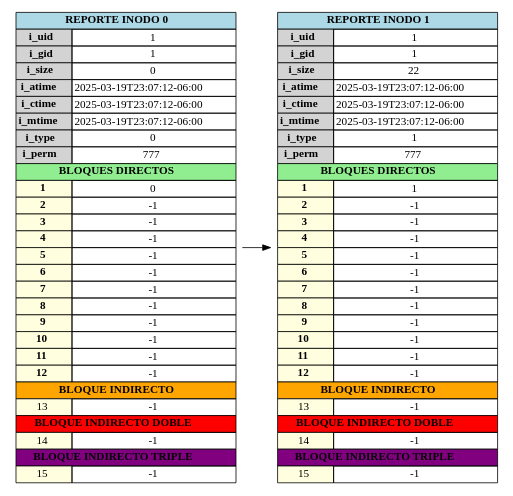
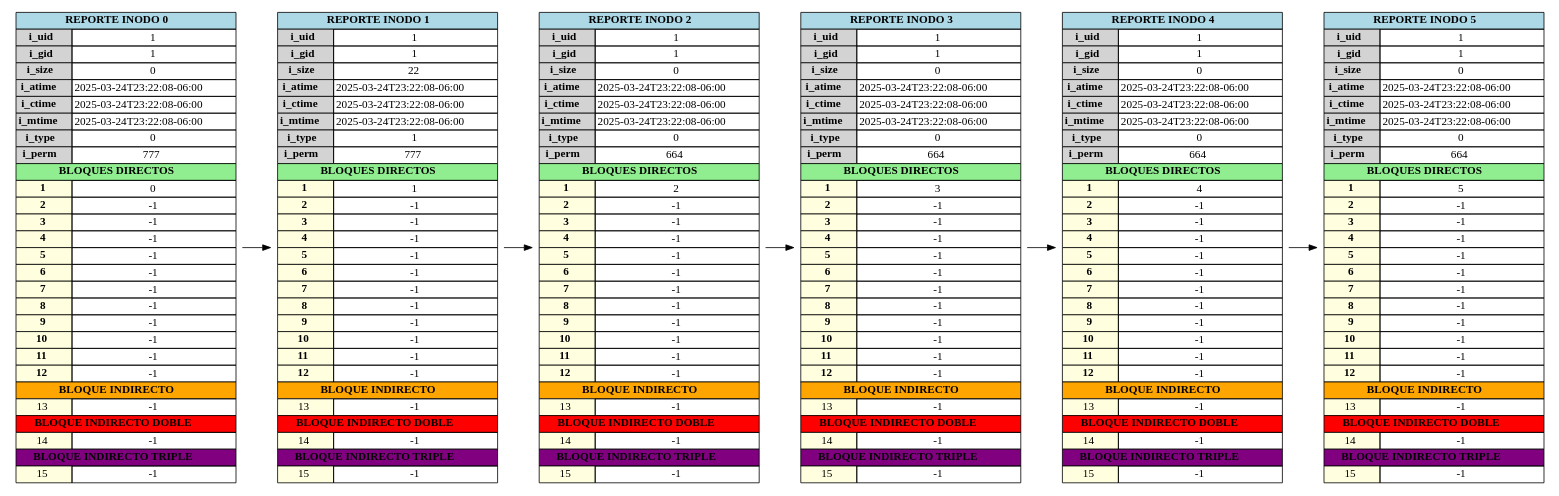
One commit to Ennero/MIA_1S2025_P1_202302220 changed the diagram in backend/output/report_inode.dot. Above: the diagram before and after it, drawn with Graphviz. The commit also changed 17 other files, not shown here.

```diff
--- a/backend/output/report_inode.dot
+++ b/backend/output/report_inode.dot
@@ -1,43 +1,123 @@
 digraph G {
 		rankdir=LR;
         node [shape=plaintext]
     inode0 [label=<
     <table border="0" cellborder="1" cellspacing="0">
         <tr><td colspan="2" bgcolor="lightblue"><b>REPORTE INODO 0</b></td></tr>
         <tr><td bgcolor="lightgray"><b>i_uid</b></td><td>1</td></tr>
         <tr><td bgcolor="lightgray"><b>i_gid</b></td><td>1</td></tr>
         <tr><td bgcolor="lightgray"><b>i_size</b></td><td>0</td></tr>
-        <tr><td bgcolor="lightgray"><b>i_atime</b></td><td>2025-03-19T23:07:12-06:00</td></tr>
-        <tr><td bgcolor="lightgray"><b>i_ctime</b></td><td>2025-03-19T23:07:12-06:00</td></tr>
-        <tr><td bgcolor="lightgray"><b>i_mtime</b></td><td>2025-03-19T23:07:12-06:00</td></tr>
+        <tr><td bgcolor="lightgray"><b>i_atime</b></td><td>2025-03-24T23:22:08-06:00</td></tr>
+        <tr><td bgcolor="lightgray"><b>i_ctime</b></td><td>2025-03-24T23:22:08-06:00</td></tr>
+        <tr><td bgcolor="lightgray"><b>i_mtime</b></td><td>2025-03-24T23:22:08-06:00</td></tr>
         <tr><td bgcolor="lightgray"><b>i_type</b></td><td>0</td></tr>
         <tr><td bgcolor="lightgray"><b>i_perm</b></td><td>777</td></tr>
         <tr><td colspan="2" bgcolor="lightgreen"><b>BLOQUES DIRECTOS</b></td></tr>
             <tr><td bgcolor="lightyellow"><b>1</b></td><td>0</td></tr><tr><td bgcolor="lightyellow"><b>2</b></td><td>-1</td></tr><tr><td bgcolor="lightyellow"><b>3</b></td><td>-1</td></tr><tr><td bgcolor="lightyellow"><b>4</b></td><td>-1</td></tr><tr><td bgcolor="lightyellow"><b>5</b></td><td>-1</td></tr><tr><td bgcolor="lightyellow"><b>6</b></td><td>-1</td></tr><tr><td bgcolor="lightyellow"><b>7</b></td><td>-1</td></tr><tr><td bgcolor="lightyellow"><b>8</b></td><td>-1</td></tr><tr><td bgcolor="lightyellow"><b>9</b></td><td>-1</td></tr><tr><td bgcolor="lightyellow"><b>10</b></td><td>-1</td></tr><tr><td bgcolor="lightyellow"><b>11</b></td><td>-1</td></tr><tr><td bgcolor="lightyellow"><b>12</b></td><td>-1</td></tr>
     <tr><td colspan="2" bgcolor="orange"><b>BLOQUE INDIRECTO</b></td></tr>
     <tr><td bgcolor="lightyellow">13</td><td>-1</td></tr>
     <tr><td colspan="2" bgcolor="red"><b>BLOQUE INDIRECTO DOBLE</b></td></tr>
     <tr><td bgcolor="lightyellow">14</td><td>-1</td></tr>
     <tr><td colspan="2" bgcolor="purple"><b>BLOQUE INDIRECTO TRIPLE</b></td></tr>
     <tr><td bgcolor="lightyellow">15</td><td>-1</td></tr>
 </table>>];inode0 -> inode1;
 inode1 [label=<
     <table border="0" cellborder="1" cellspacing="0">
         <tr><td colspan="2" bgcolor="lightblue"><b>REPORTE INODO 1</b></td></tr>
         <tr><td bgcolor="lightgray"><b>i_uid</b></td><td>1</td></tr>
         <tr><td bgcolor="lightgray"><b>i_gid</b></td><td>1</td></tr>
         <tr><td bgcolor="lightgray"><b>i_size</b></td><td>22</td></tr>
-        <tr><td bgcolor="lightgray"><b>i_atime</b></td><td>2025-03-19T23:07:12-06:00</td></tr>
-        <tr><td bgcolor="lightgray"><b>i_ctime</b></td><td>2025-03-19T23:07:12-06:00</td></tr>
-        <tr><td bgcolor="lightgray"><b>i_mtime</b></td><td>2025-03-19T23:07:12-06:00</td></tr>
+        <tr><td bgcolor="lightgray"><b>i_atime</b></td><td>2025-03-24T23:22:08-06:00</td></tr>
+        <tr><td bgcolor="lightgray"><b>i_ctime</b></td><td>2025-03-24T23:22:08-06:00</td></tr>
+        <tr><td bgcolor="lightgray"><b>i_mtime</b></td><td>2025-03-24T23:22:08-06:00</td></tr>
         <tr><td bgcolor="lightgray"><b>i_type</b></td><td>1</td></tr>
         <tr><td bgcolor="lightgray"><b>i_perm</b></td><td>777</td></tr>
         <tr><td colspan="2" bgcolor="lightgreen"><b>BLOQUES DIRECTOS</b></td></tr>
             <tr><td bgcolor="lightyellow"><b>1</b></td><td>1</td></tr><tr><td bgcolor="lightyellow"><b>2</b></td><td>-1</td></tr><tr><td bgcolor="lightyellow"><b>3</b></td><td>-1</td></tr><tr><td bgcolor="lightyellow"><b>4</b></td><td>-1</td></tr><tr><td bgcolor="lightyellow"><b>5</b></td><td>-1</td></tr><tr><td bgcolor="lightyellow"><b>6</b></td><td>-1</td></tr><tr><td bgcolor="lightyellow"><b>7</b></td><td>-1</td></tr><tr><td bgcolor="lightyellow"><b>8</b></td><td>-1</td></tr><tr><td bgcolor="lightyellow"><b>9</b></td><td>-1</td></tr><tr><td bgcolor="lightyellow"><b>10</b></td><td>-1</td></tr><tr><td bgcolor="lightyellow"><b>11</b></td><td>-1</td></tr><tr><td bgcolor="lightyellow"><b>12</b></td><td>-1</td></tr>
     <tr><td colspan="2" bgcolor="orange"><b>BLOQUE INDIRECTO</b></td></tr>
     <tr><td bgcolor="lightyellow">13</td><td>-1</td></tr>
     <tr><td colspan="2" bgcolor="red"><b>BLOQUE INDIRECTO DOBLE</b></td></tr>
     <tr><td bgcolor="lightyellow">14</td><td>-1</td></tr>
     <tr><td colspan="2" bgcolor="purple"><b>BLOQUE INDIRECTO TRIPLE</b></td></tr>
     <tr><td bgcolor="lightyellow">15</td><td>-1</td></tr>
+</table>>];inode1 -> inode2;
+inode2 [label=<
+    <table border="0" cellborder="1" cellspacing="0">
+        <tr><td colspan="2" bgcolor="lightblue"><b>REPORTE INODO 2</b></td></tr>
+        <tr><td bgcolor="lightgray"><b>i_uid</b></td><td>1</td></tr>
+        <tr><td bgcolor="lightgray"><b>i_gid</b></td><td>1</td></tr>
+        <tr><td bgcolor="lightgray"><b>i_size</b></td><td>0</td></tr>
+        <tr><td bgcolor="lightgray"><b>i_atime</b></td><td>2025-03-24T23:22:08-06:00</td></tr>
+        <tr><td bgcolor="lightgray"><b>i_ctime</b></td><td>2025-03-24T23:22:08-06:00</td></tr>
+        <tr><td bgcolor="lightgray"><b>i_mtime</b></td><td>2025-03-24T23:22:08-06:00</td></tr>
+        <tr><td bgcolor="lightgray"><b>i_type</b></td><td>0</td></tr>
+        <tr><td bgcolor="lightgray"><b>i_perm</b></td><td>664</td></tr>
+        <tr><td colspan="2" bgcolor="lightgreen"><b>BLOQUES DIRECTOS</b></td></tr>
+            <tr><td bgcolor="lightyellow"><b>1</b></td><td>2</td></tr><tr><td bgcolor="lightyellow"><b>2</b></td><td>-1</td></tr><tr><td bgcolor="lightyellow"><b>3</b></td><td>-1</td></tr><tr><td bgcolor="lightyellow"><b>4</b></td><td>-1</td></tr><tr><td bgcolor="lightyellow"><b>5</b></td><td>-1</td></tr><tr><td bgcolor="lightyellow"><b>6</b></td><td>-1</td></tr><tr><td bgcolor="lightyellow"><b>7</b></td><td>-1</td></tr><tr><td bgcolor="lightyellow"><b>8</b></td><td>-1</td></tr><tr><td bgcolor="lightyellow"><b>9</b></td><td>-1</td></tr><tr><td bgcolor="lightyellow"><b>10</b></td><td>-1</td></tr><tr><td bgcolor="lightyellow"><b>11</b></td><td>-1</td></tr><tr><td bgcolor="lightyellow"><b>12</b></td><td>-1</td></tr>
+    <tr><td colspan="2" bgcolor="orange"><b>BLOQUE INDIRECTO</b></td></tr>
+    <tr><td bgcolor="lightyellow">13</td><td>-1</td></tr>
+    <tr><td colspan="2" bgcolor="red"><b>BLOQUE INDIRECTO DOBLE</b></td></tr>
+    <tr><td bgcolor="lightyellow">14</td><td>-1</td></tr>
+    <tr><td colspan="2" bgcolor="purple"><b>BLOQUE INDIRECTO TRIPLE</b></td></tr>
+    <tr><td bgcolor="lightyellow">15</td><td>-1</td></tr>
+</table>>];inode2 -> inode3;
+inode3 [label=<
+    <table border="0" cellborder="1" cellspacing="0">
+        <tr><td colspan="2" bgcolor="lightblue"><b>REPORTE INODO 3</b></td></tr>
+        <tr><td bgcolor="lightgray"><b>i_uid</b></td><td>1</td></tr>
+        <tr><td bgcolor="lightgray"><b>i_gid</b></td><td>1</td></tr>
+        <tr><td bgcolor="lightgray"><b>i_size</b></td><td>0</td></tr>
+        <tr><td bgcolor="lightgray"><b>i_atime</b></td><td>2025-03-24T23:22:08-06:00</td></tr>
+        <tr><td bgcolor="lightgray"><b>i_ctime</b></td><td>2025-03-24T23:22:08-06:00</td></tr>
+        <tr><td bgcolor="lightgray"><b>i_mtime</b></td><td>2025-03-24T23:22:08-06:00</td></tr>
+        <tr><td bgcolor="lightgray"><b>i_type</b></td><td>0</td></tr>
+        <tr><td bgcolor="lightgray"><b>i_perm</b></td><td>664</td></tr>
+        <tr><td colspan="2" bgcolor="lightgreen"><b>BLOQUES DIRECTOS</b></td></tr>
+            <tr><td bgcolor="lightyellow"><b>1</b></td><td>3</td></tr><tr><td bgcolor="lightyellow"><b>2</b></td><td>-1</td></tr><tr><td bgcolor="lightyellow"><b>3</b></td><td>-1</td></tr><tr><td bgcolor="lightyellow"><b>4</b></td><td>-1</td></tr><tr><td bgcolor="lightyellow"><b>5</b></td><td>-1</td></tr><tr><td bgcolor="lightyellow"><b>6</b></td><td>-1</td></tr><tr><td bgcolor="lightyellow"><b>7</b></td><td>-1</td></tr><tr><td bgcolor="lightyellow"><b>8</b></td><td>-1</td></tr><tr><td bgcolor="lightyellow"><b>9</b></td><td>-1</td></tr><tr><td bgcolor="lightyellow"><b>10</b></td><td>-1</td></tr><tr><td bgcolor="lightyellow"><b>11</b></td><td>-1</td></tr><tr><td bgcolor="lightyellow"><b>12</b></td><td>-1</td></tr>
+    <tr><td colspan="2" bgcolor="orange"><b>BLOQUE INDIRECTO</b></td></tr>
+    <tr><td bgcolor="lightyellow">13</td><td>-1</td></tr>
+    <tr><td colspan="2" bgcolor="red"><b>BLOQUE INDIRECTO DOBLE</b></td></tr>
+    <tr><td bgcolor="lightyellow">14</td><td>-1</td></tr>
+    <tr><td colspan="2" bgcolor="purple"><b>BLOQUE INDIRECTO TRIPLE</b></td></tr>
+    <tr><td bgcolor="lightyellow">15</td><td>-1</td></tr>
+</table>>];inode3 -> inode4;
+inode4 [label=<
+    <table border="0" cellborder="1" cellspacing="0">
+        <tr><td colspan="2" bgcolor="lightblue"><b>REPORTE INODO 4</b></td></tr>
+        <tr><td bgcolor="lightgray"><b>i_uid</b></td><td>1</td></tr>
+        <tr><td bgcolor="lightgray"><b>i_gid</b></td><td>1</td></tr>
+        <tr><td bgcolor="lightgray"><b>i_size</b></td><td>0</td></tr>
+        <tr><td bgcolor="lightgray"><b>i_atime</b></td><td>2025-03-24T23:22:08-06:00</td></tr>
+        <tr><td bgcolor="lightgray"><b>i_ctime</b></td><td>2025-03-24T23:22:08-06:00</td></tr>
+        <tr><td bgcolor="lightgray"><b>i_mtime</b></td><td>2025-03-24T23:22:08-06:00</td></tr>
+        <tr><td bgcolor="lightgray"><b>i_type</b></td><td>0</td></tr>
+        <tr><td bgcolor="lightgray"><b>i_perm</b></td><td>664</td></tr>
+        <tr><td colspan="2" bgcolor="lightgreen"><b>BLOQUES DIRECTOS</b></td></tr>
+            <tr><td bgcolor="lightyellow"><b>1</b></td><td>4</td></tr><tr><td bgcolor="lightyellow"><b>2</b></td><td>-1</td></tr><tr><td bgcolor="lightyellow"><b>3</b></td><td>-1</td></tr><tr><td bgcolor="lightyellow"><b>4</b></td><td>-1</td></tr><tr><td bgcolor="lightyellow"><b>5</b></td><td>-1</td></tr><tr><td bgcolor="lightyellow"><b>6</b></td><td>-1</td></tr><tr><td bgcolor="lightyellow"><b>7</b></td><td>-1</td></tr><tr><td bgcolor="lightyellow"><b>8</b></td><td>-1</td></tr><tr><td bgcolor="lightyellow"><b>9</b></td><td>-1</td></tr><tr><td bgcolor="lightyellow"><b>10</b></td><td>-1</td></tr><tr><td bgcolor="lightyellow"><b>11</b></td><td>-1</td></tr><tr><td bgcolor="lightyellow"><b>12</b></td><td>-1</td></tr>
+    <tr><td colspan="2" bgcolor="orange"><b>BLOQUE INDIRECTO</b></td></tr>
+    <tr><td bgcolor="lightyellow">13</td><td>-1</td></tr>
+    <tr><td colspan="2" bgcolor="red"><b>BLOQUE INDIRECTO DOBLE</b></td></tr>
+    <tr><td bgcolor="lightyellow">14</td><td>-1</td></tr>
+    <tr><td colspan="2" bgcolor="purple"><b>BLOQUE INDIRECTO TRIPLE</b></td></tr>
+    <tr><td bgcolor="lightyellow">15</td><td>-1</td></tr>
+</table>>];inode4 -> inode5;
+inode5 [label=<
+    <table border="0" cellborder="1" cellspacing="0">
+        <tr><td colspan="2" bgcolor="lightblue"><b>REPORTE INODO 5</b></td></tr>
+        <tr><td bgcolor="lightgray"><b>i_uid</b></td><td>1</td></tr>
+        <tr><td bgcolor="lightgray"><b>i_gid</b></td><td>1</td></tr>
+        <tr><td bgcolor="lightgray"><b>i_size</b></td><td>0</td></tr>
+        <tr><td bgcolor="lightgray"><b>i_atime</b></td><td>2025-03-24T23:22:08-06:00</td></tr>
+        <tr><td bgcolor="lightgray"><b>i_ctime</b></td><td>2025-03-24T23:22:08-06:00</td></tr>
+        <tr><td bgcolor="lightgray"><b>i_mtime</b></td><td>2025-03-24T23:22:08-06:00</td></tr>
+        <tr><td bgcolor="lightgray"><b>i_type</b></td><td>0</td></tr>
+        <tr><td bgcolor="lightgray"><b>i_perm</b></td><td>664</td></tr>
+        <tr><td colspan="2" bgcolor="lightgreen"><b>BLOQUES DIRECTOS</b></td></tr>
+            <tr><td bgcolor="lightyellow"><b>1</b></td><td>5</td></tr><tr><td bgcolor="lightyellow"><b>2</b></td><td>-1</td></tr><tr><td bgcolor="lightyellow"><b>3</b></td><td>-1</td></tr><tr><td bgcolor="lightyellow"><b>4</b></td><td>-1</td></tr><tr><td bgcolor="lightyellow"><b>5</b></td><td>-1</td></tr><tr><td bgcolor="lightyellow"><b>6</b></td><td>-1</td></tr><tr><td bgcolor="lightyellow"><b>7</b></td><td>-1</td></tr><tr><td bgcolor="lightyellow"><b>8</b></td><td>-1</td></tr><tr><td bgcolor="lightyellow"><b>9</b></td><td>-1</td></tr><tr><td bgcolor="lightyellow"><b>10</b></td><td>-1</td></tr><tr><td bgcolor="lightyellow"><b>11</b></td><td>-1</td></tr><tr><td bgcolor="lightyellow"><b>12</b></td><td>-1</td></tr>
+    <tr><td colspan="2" bgcolor="orange"><b>BLOQUE INDIRECTO</b></td></tr>
+    <tr><td bgcolor="lightyellow">13</td><td>-1</td></tr>
+    <tr><td colspan="2" bgcolor="red"><b>BLOQUE INDIRECTO DOBLE</b></td></tr>
+    <tr><td bgcolor="lightyellow">14</td><td>-1</td></tr>
+    <tr><td colspan="2" bgcolor="purple"><b>BLOQUE INDIRECTO TRIPLE</b></td></tr>
+    <tr><td bgcolor="lightyellow">15</td><td>-1</td></tr>
 </table>>];}
```
